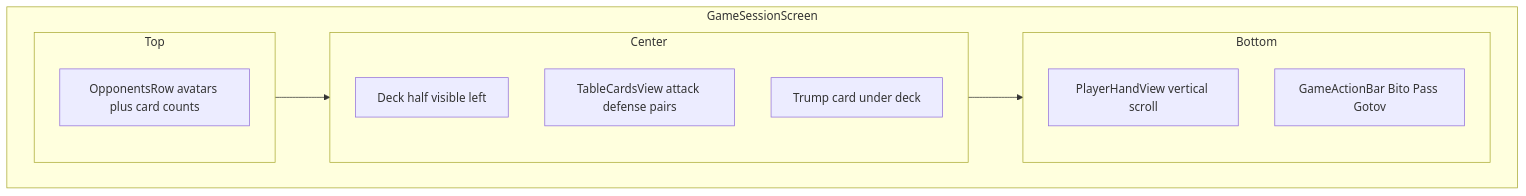
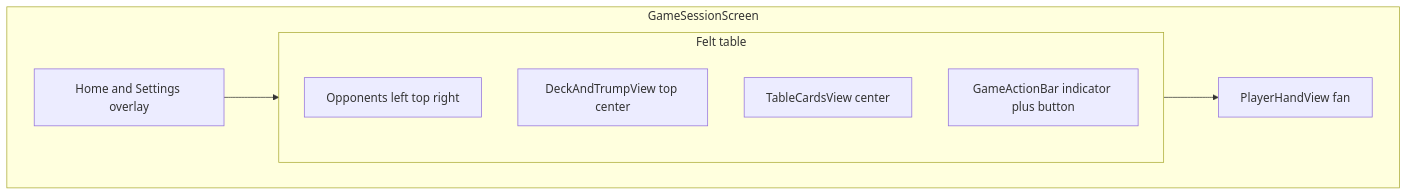
Before and after one commit to ivanbogomoloff/fool-card-game: diagram 12 of 13 in docs/architecture/navigation-and-screens.md, drawn with Mermaid. The commit also changed other lines of this file and 65 other files, not shown here.

````diff
--- a/docs/architecture/navigation-and-screens.md
+++ b/docs/architecture/navigation-and-screens.md
@@ -171,18 +171,14 @@
 ```mermaid
 flowchart TB
     subgraph gameScreen [GameSessionScreen]
-        subgraph top [Top]
-            OpponentsRow[OpponentsRow avatars plus card counts]
+        Chrome[Home and Settings overlay]
+        subgraph table [Felt table]
+            Opponents[Opponents left top right]
+            Deck[DeckAndTrumpView top center]
+            Pairs[TableCardsView center]
+            Actions[GameActionBar indicator plus button]
         end
-        subgraph center [Center]
-            DeckLeft[Deck half visible left]
-            TableCenter[TableCardsView attack defense pairs]
-            TrumpUnder[Trump card under deck]
-        end
-        subgraph bottom [Bottom]
-            PlayerHand[PlayerHandView vertical scroll]
-            ActionBar[GameActionBar Bito Pass Gotov]
-        end
+        Hand[PlayerHandView fan]
     end
-    top --> center --> bottom
+    Chrome --> table --> Hand
 ```
````
